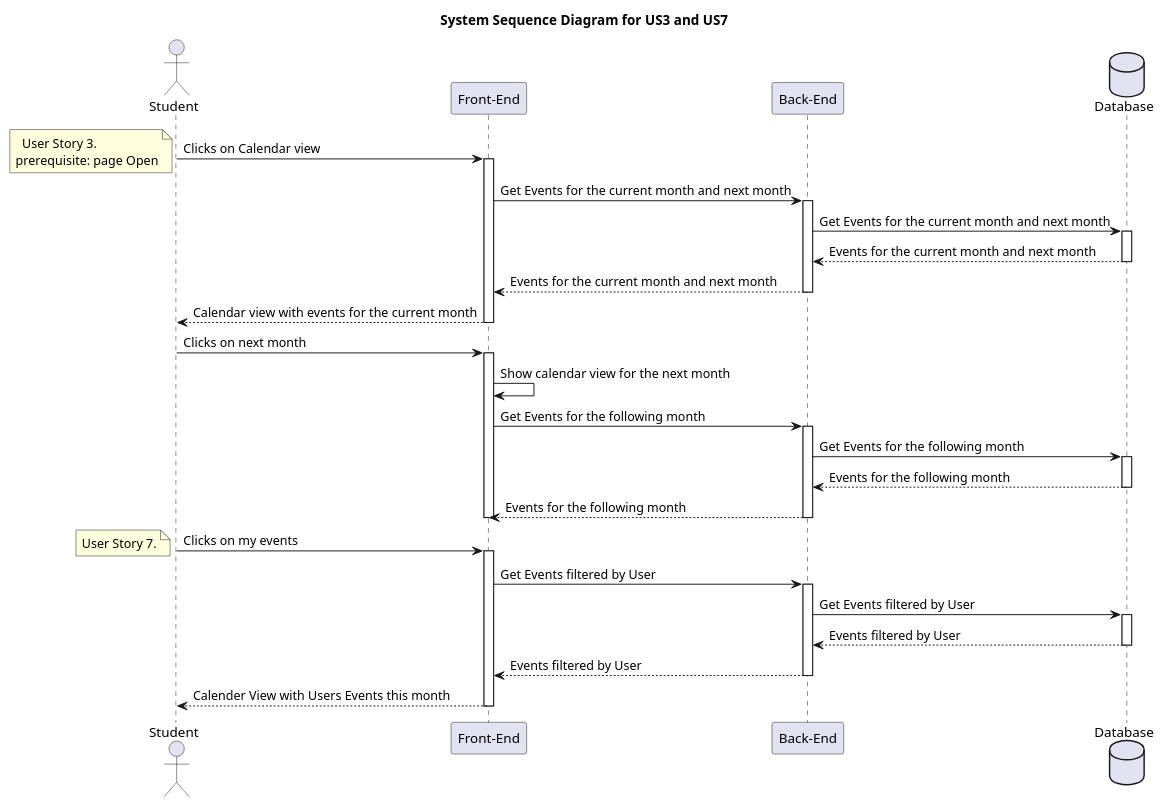
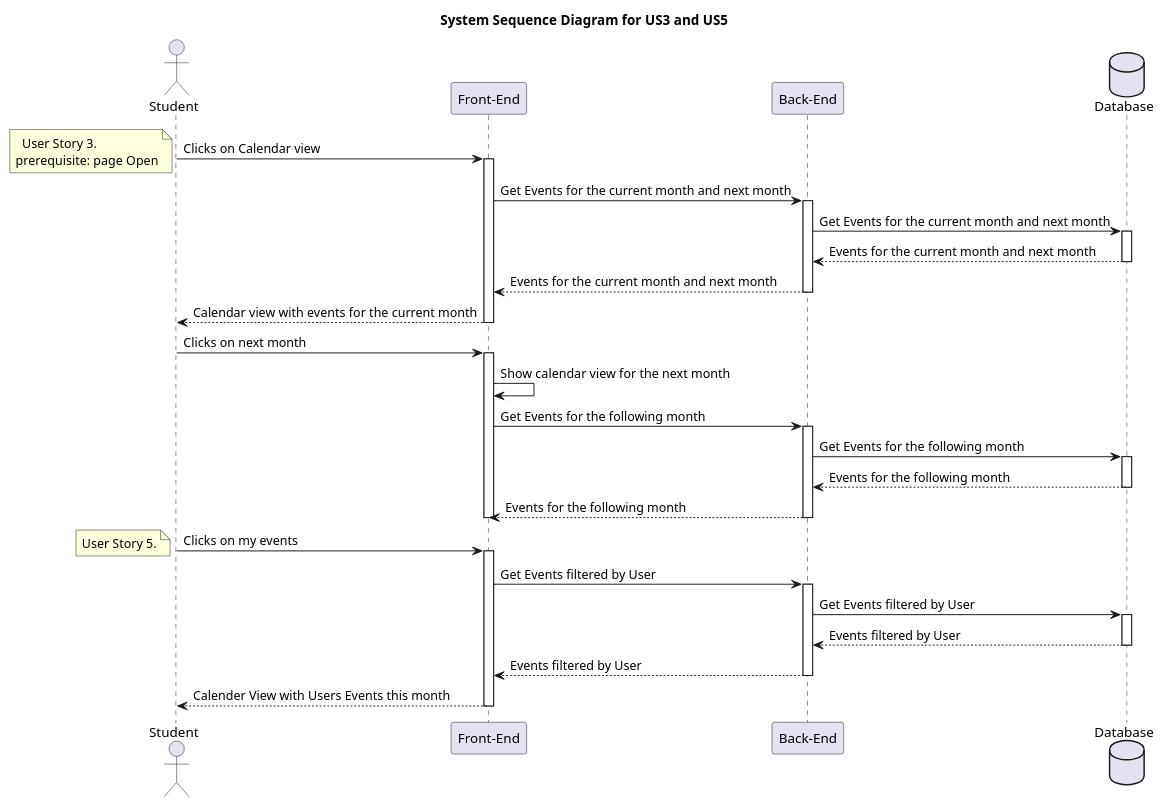
The diagram in SystemSekvensUS3US7.puml (oscarboe/Studieforeningskalender_Front_end), drawn with PlantUML before and after one commit. The commit also changed 38 other files, not shown here.

```diff
--- a/SystemSekvensUS3US7.puml
+++ b/SystemSekvensUS3US7.puml
@@ -1,55 +1,55 @@
 @startuml "US3 and US7 System"
-title System Sequence Diagram for US3 and US7
+title System Sequence Diagram for US3 and US5
 actor Student as User
 participant "Front-End" as FrontEnd 
 participant "Back-End"  as BackEnd
 database Database
 User -> FrontEnd: Clicks on Calendar view
 note left
   User Story 3.
 prerequisite: page Open
 end note
 activate FrontEnd
 FrontEnd -> BackEnd: Get Events for the current month and next month
 activate BackEnd
 BackEnd -> Database: Get Events for the current month and next month
 activate Database
 Database --> BackEnd: Events for the current month and next month
 deactivate Database
 BackEnd --> FrontEnd: Events for the current month and next month
 deactivate BackEnd
 FrontEnd --> User: Calendar view with events for the current month
 deactivate FrontEnd
 User -> FrontEnd: Clicks on next month
 activate FrontEnd
 FrontEnd -> FrontEnd: Show calendar view for the next month
 FrontEnd -> BackEnd: Get Events for the following month
 activate BackEnd
 BackEnd -> Database: Get Events for the following month
 activate Database
 Database --> BackEnd: Events for the following month
 deactivate Database
 BackEnd --> FrontEnd: Events for the following month
 deactivate BackEnd
 deactivate FrontEnd
 User -> FrontEnd: Clicks on my events
 note left
-  User Story 7.
+  User Story 5.
 end note
 activate FrontEnd
 FrontEnd -> BackEnd: Get Events filtered by User
 activate BackEnd
 BackEnd -> Database: Get Events filtered by User
 activate Database
 Database --> BackEnd: Events filtered by User
 deactivate Database
 BackEnd --> FrontEnd: Events filtered by User
 deactivate BackEnd
 FrontEnd --> User: Calender View with Users Events this month
 deactivate FrontEnd
 
 
 
 
 
 @enduml
```
